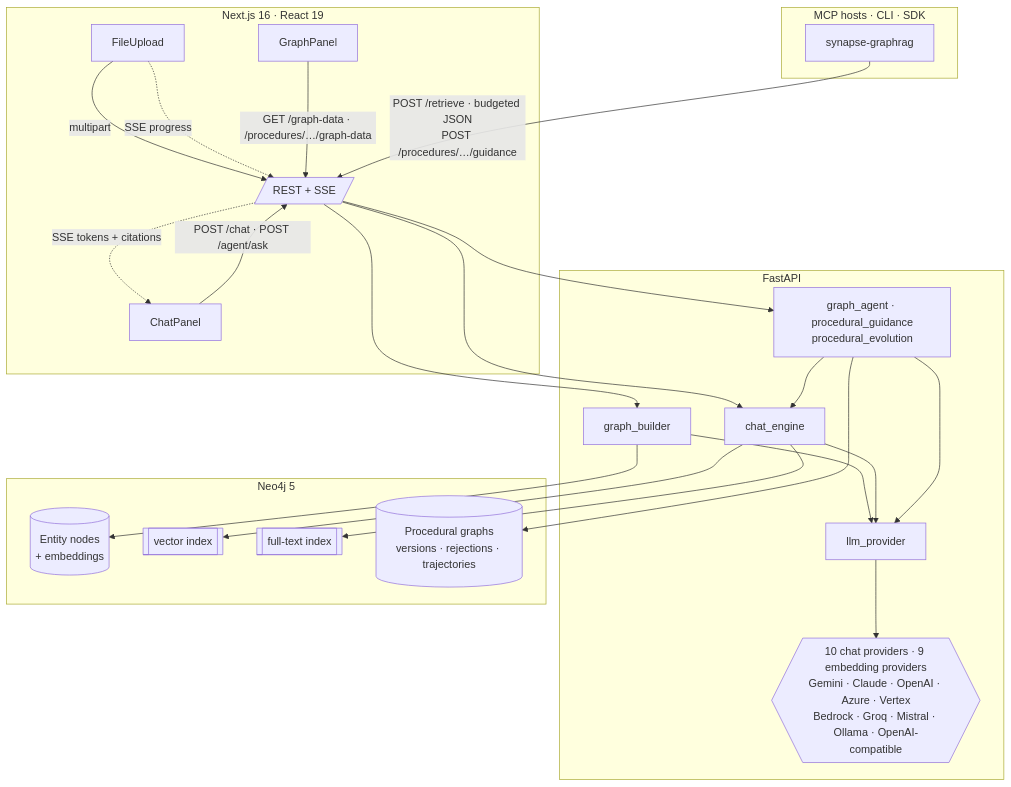
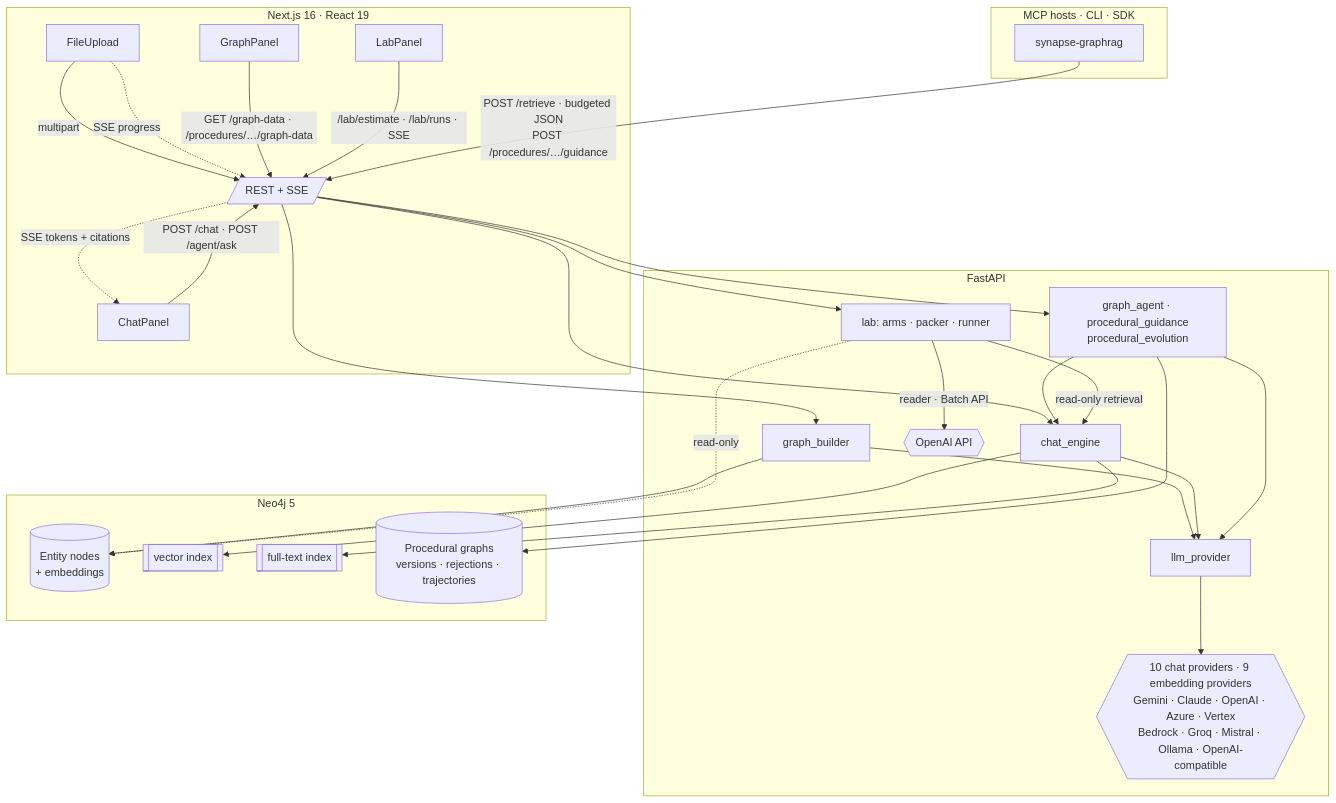
The first of 8 diagrams in ARCHITECTURE.md (ahmedmaaloul/synapse), drawn with Mermaid before and after one commit. The commit also changed other lines of this file and 53 other files, not shown here.

First line of the commit message:
feat: Synapse Lab — compare retrieval approaches on your own data, FinOps-first

````diff
--- a/ARCHITECTURE.md
+++ b/ARCHITECTURE.md
@@ -10,37 +10,42 @@
 ```mermaid
 flowchart TB
     subgraph Client [Next.js 16 · React 19]
         UP[FileUpload] -->|multipart| API
         UP -.->|SSE progress| API
         CH[ChatPanel] -->|POST /chat · POST /agent/ask| API
         API -.->|SSE tokens + citations| CH
         GP[GraphPanel] -->|GET /graph-data · /procedures/…/graph-data| API
+        LB[LabPanel] -->|/lab/estimate · /lab/runs · SSE| API
     end
 
     subgraph Agents [MCP hosts · CLI · SDK]
         MCP[synapse-graphrag] -->|POST /retrieve · budgeted JSON<br/>POST /procedures/…/guidance| API
     end
 
     subgraph Engine [FastAPI]
         API[/REST + SSE/] --> GB[graph_builder]
         API --> CE[chat_engine]
         API --> NAV["graph_agent · procedural_guidance<br/>procedural_evolution"]
+        API --> LAB["lab: arms · packer · runner"]
         NAV --> CE
+        LAB -->|read-only retrieval| CE
         GB --> LP[llm_provider]
         CE --> LP
         NAV --> LP
         LP --> EXT{{"10 chat providers · 9 embedding providers<br/>Gemini · Claude · OpenAI · Azure · Vertex<br/>Bedrock · Groq · Mistral · Ollama · OpenAI-compatible"}}
+        LAB -->|reader · Batch API| OAI{{OpenAI API}}
     end
 
     subgraph Data [Neo4j 5]
         NODES[(Entity nodes<br/>+ embeddings)]
         VIDX[[vector index]]
         FIDX[[full-text index]]
         PROC[(Procedural graphs<br/>versions · rejections · trajectories)]
     end
 
     GB --> NODES
     CE --> VIDX
     CE --> FIDX
     NAV --> PROC
+    LAB -.->|read-only| NODES
 ```
````
